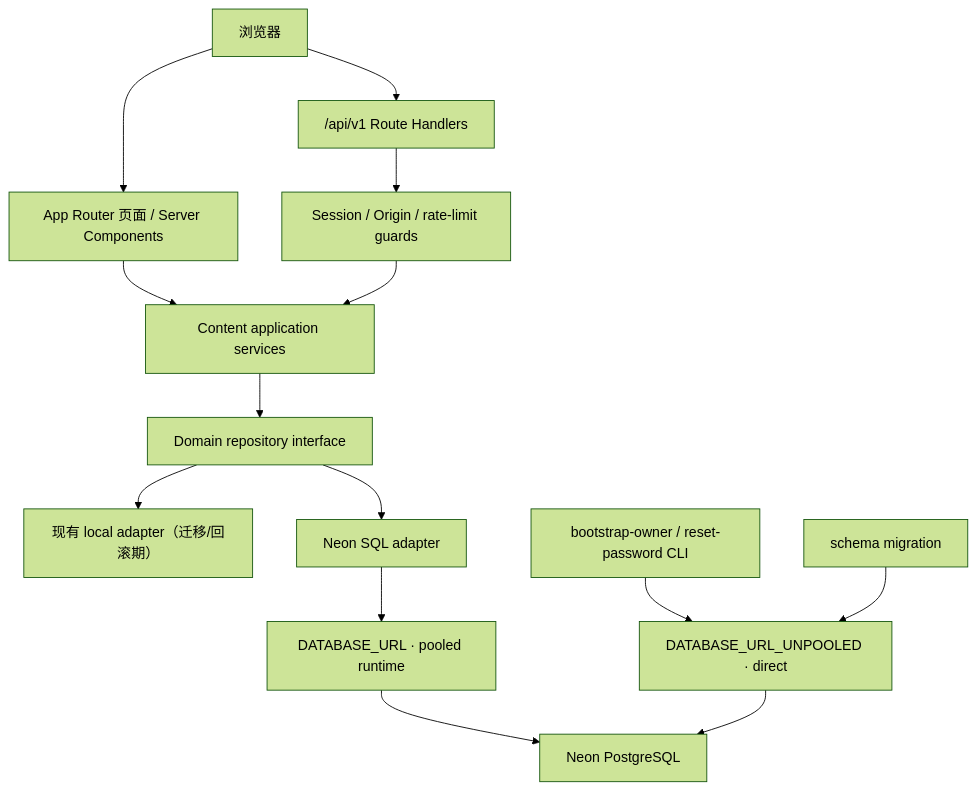
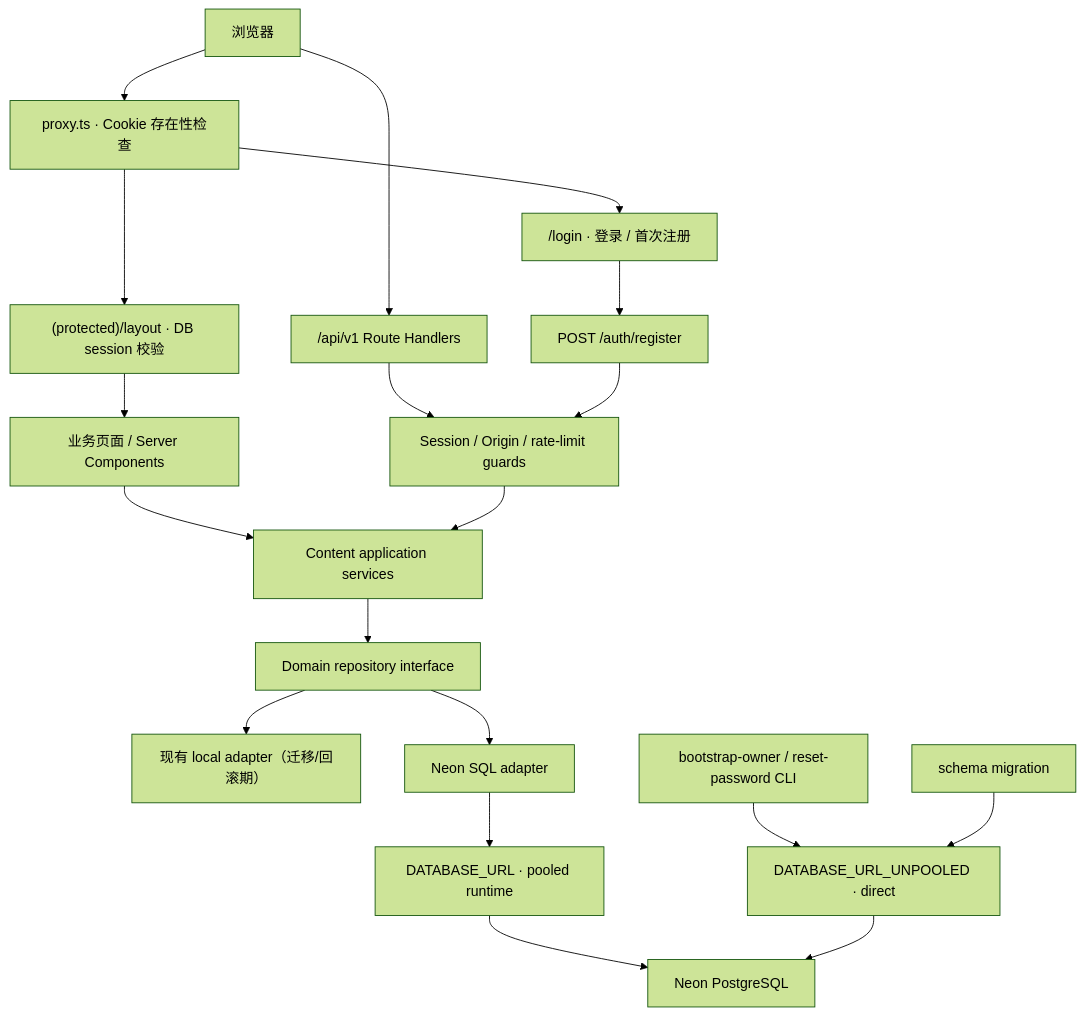
Before and after one commit to Tendercfj/my-blog: the first of 3 diagrams in .trellis/tasks/08-18-neon-api-database-docs/design.md, drawn with Mermaid (forest theme). The commit also changed other lines of this file and 38 other files, not shown here.

````diff
--- a/.trellis/tasks/08-18-neon-api-database-docs/design.md
+++ b/.trellis/tasks/08-18-neon-api-database-docs/design.md
@@ -25,16 +25,21 @@
 ```mermaid
 flowchart TB
-    Browser["浏览器"] --> Pages["App Router 页面 / Server Components"]
+    Browser["浏览器"] --> Proxy["proxy.ts · Cookie 存在性检查"]
+    Proxy --> Login["/login · 登录 / 首次注册"]
+    Proxy --> Protected["(protected)/layout · DB session 校验"]
+    Protected --> Pages["业务页面 / Server Components"]
     Browser --> API["/api/v1 Route Handlers"]
+    Login --> Register["POST /auth/register"]
     Pages --> Domain["Content application services"]
     API --> Auth["Session / Origin / rate-limit guards"]
+    Register --> Auth
     Auth --> Domain
     Domain --> Repo["Domain repository interface"]
     Repo --> Local["现有 local adapter（迁移/回滚期）"]
     Repo --> Neon["Neon SQL adapter"]
     Neon --> Pooler["DATABASE_URL · pooled runtime"]
     Bootstrap["bootstrap-owner / reset-password CLI"] --> Direct["DATABASE_URL_UNPOOLED · direct"]
     Migration["schema migration"] --> Direct
     Pooler --> DB["Neon PostgreSQL"]
     Direct --> DB
 ```
````
